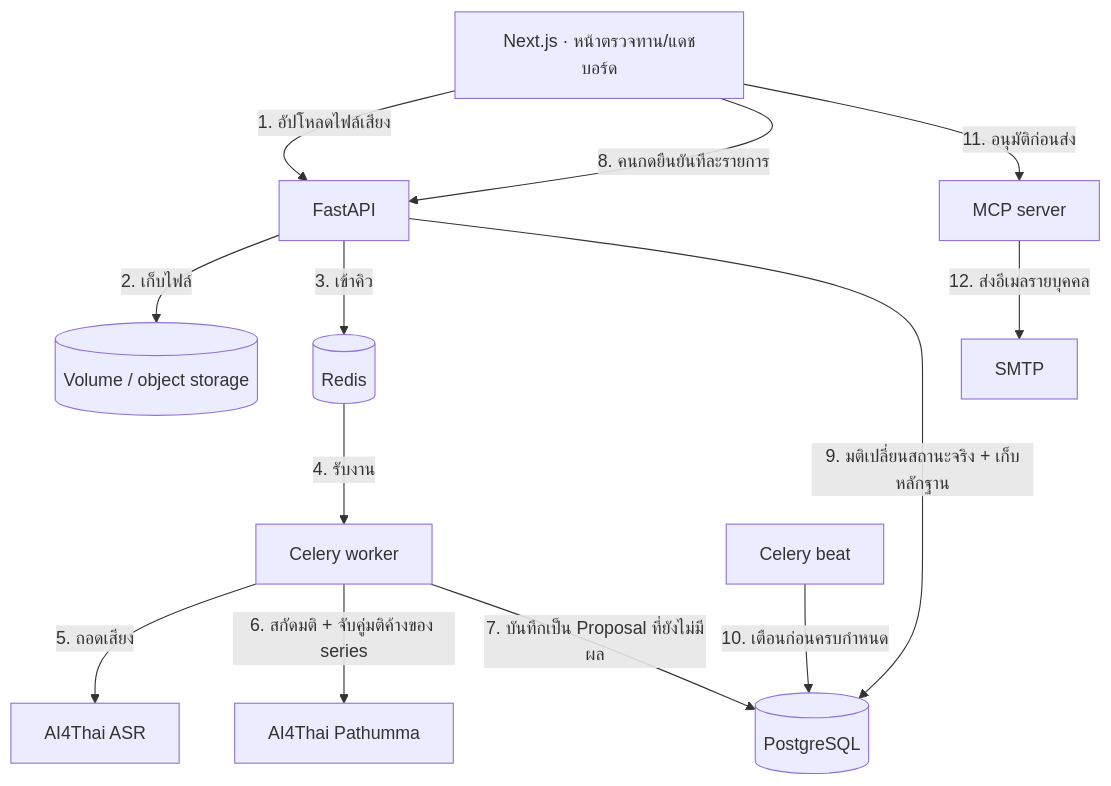
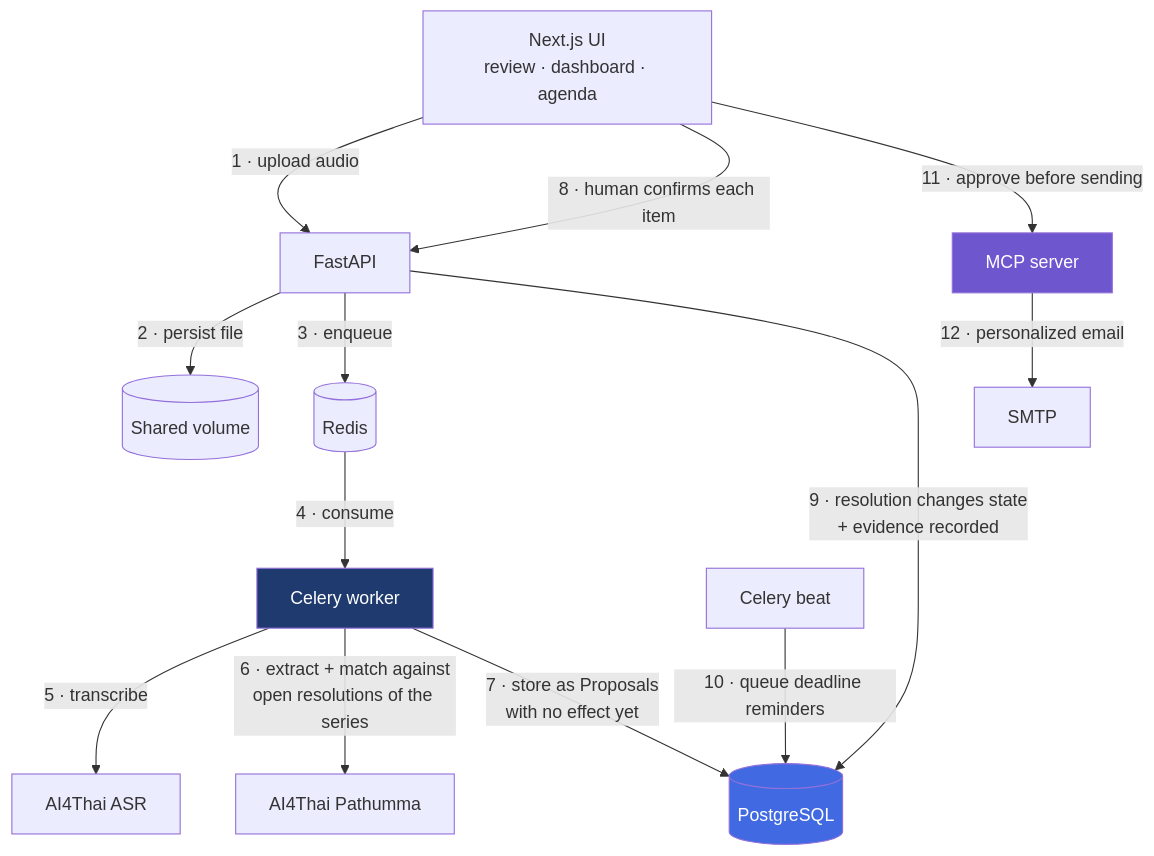
The first of 2 diagrams in README.md (PaweekornS/SARA), drawn with Mermaid before and after one commit. The commit also changed other lines of this file and 15 other files, not shown here.

````diff
--- a/README.md
+++ b/README.md
@@ -37,15 +185,19 @@
 ```mermaid
 graph TD
-    UI[Next.js · หน้าตรวจทาน/แดชบอร์ด] -->|1. อัปโหลดไฟล์เสียง| API[FastAPI]
-    API -->|2. เก็บไฟล์| Storage[(Volume / object storage)]
-    API -->|3. เข้าคิว| Redis[(Redis)]
-    Redis -->|4. รับงาน| Worker[Celery worker]
-    Worker -->|5. ถอดเสียง| ASR[AI4Thai ASR]
-    Worker -->|6. สกัดมติ + จับคู่มติค้างของ series| LLM[AI4Thai Pathumma]
-    Worker -->|7. บันทึกเป็น Proposal ที่ยังไม่มีผล| DB[(PostgreSQL)]
-    UI -->|8. คนกดยืนยันทีละรายการ| API
-    API -->|9. มติเปลี่ยนสถานะจริง + เก็บหลักฐาน| DB
-    Beat[Celery beat] -->|10. เตือนก่อนครบกำหนด| DB
-    UI -->|11. อนุมัติก่อนส่ง| MCP[MCP server]
-    MCP -->|12. ส่งอีเมลรายบุคคล| SMTP[SMTP]
+    UI[Next.js UI<br/>review · dashboard · agenda] -->|1 · upload audio| API[FastAPI]
+    API -->|2 · persist file| Storage[(Shared volume)]
+    API -->|3 · enqueue| Redis[(Redis)]
+    Redis -->|4 · consume| Worker[Celery worker]
+    Worker -->|5 · transcribe| ASR[AI4Thai ASR]
+    Worker -->|6 · extract + match against<br/>open resolutions of the series| LLM[AI4Thai Pathumma]
+    Worker -->|7 · store as Proposals<br/>with no effect yet| DB[(PostgreSQL)]
+    UI -->|8 · human confirms each item| API
+    API -->|9 · resolution changes state<br/>+ evidence recorded| DB
+    Beat[Celery beat] -->|10 · queue deadline reminders| DB
+    UI -->|11 · approve before sending| MCP[MCP server]
+    MCP -->|12 · personalized email| SMTP[SMTP]
+
+    style Worker fill:#1e3a6e,color:#fff
+    style DB fill:#4169E1,color:#fff
+    style MCP fill:#6E56CF,color:#fff
 ```
````
